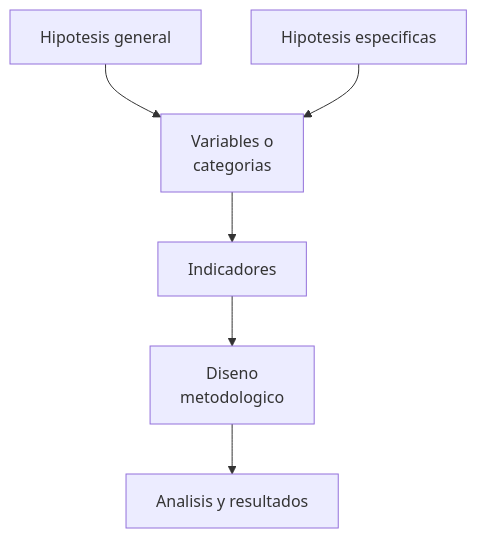
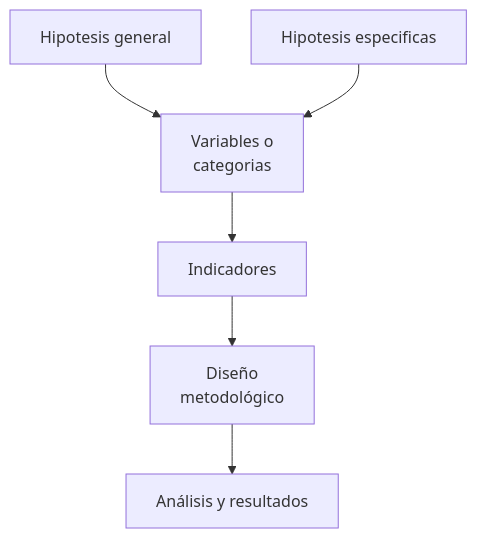
Before and after one commit to NavaSergio/SP1-material-estudiantes: the second of 2 diagrams in docs/U3-1-Constructo-Pregunta-investigacion/Pregunta-investigacion.qmd, drawn with Mermaid. The commit also changed other lines of this file and 120 other files, not shown here.

````diff
--- a/docs/U3-1-Constructo-Pregunta-investigacion/Pregunta-investigacion.qmd
+++ b/docs/U3-1-Constructo-Pregunta-investigacion/Pregunta-investigacion.qmd
@@ -152,8 +152,8 @@
 ```{mermaid}
 flowchart TB
   F[Hipotesis general] --> H[Variables o<br/>categorias]
   G[Hipotesis especificas] --> H
   H --> I[Indicadores]
-  I --> J[Diseno<br/>metodologico]
-  J --> K[Analisis y resultados]
+  I --> J[Diseño<br/>metodológico]
+  J --> K[Análisis y resultados]
 ```
````
